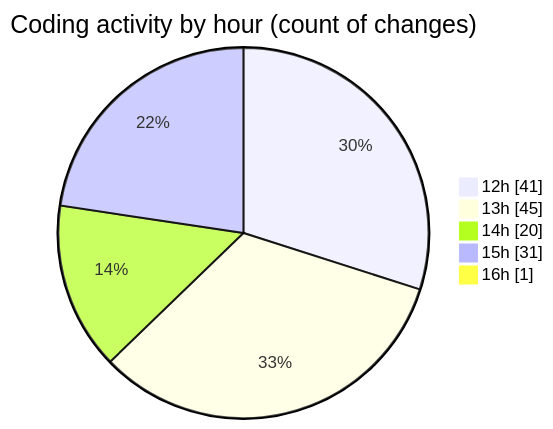
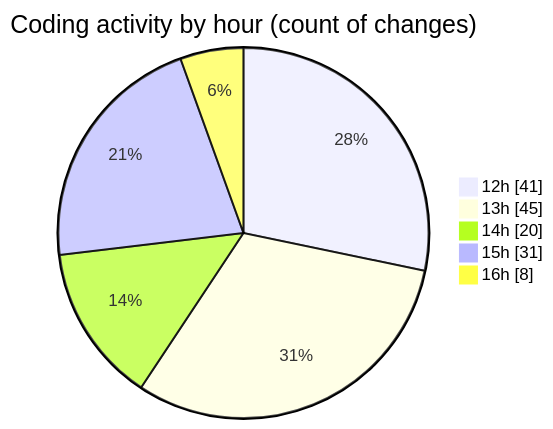
One commit to momahboobian/code-tracking changed the second of 2 diagrams in 2025-12-02/cda/README.md. Above: the diagram before and after it, drawn with Mermaid. The commit also changed other lines of this file and 1 other file, not shown here.

````diff
--- a/2025-12-02/cda/README.md
+++ b/2025-12-02/cda/README.md
@@ -40,9 +40,9 @@
 ```mermaid
 pie showData
 title Coding activity by hour (count of changes)
 "12h" : 41
 "13h" : 45
 "14h" : 20
 "15h" : 31
-"16h" : 1
+"16h" : 8
 ```
````
